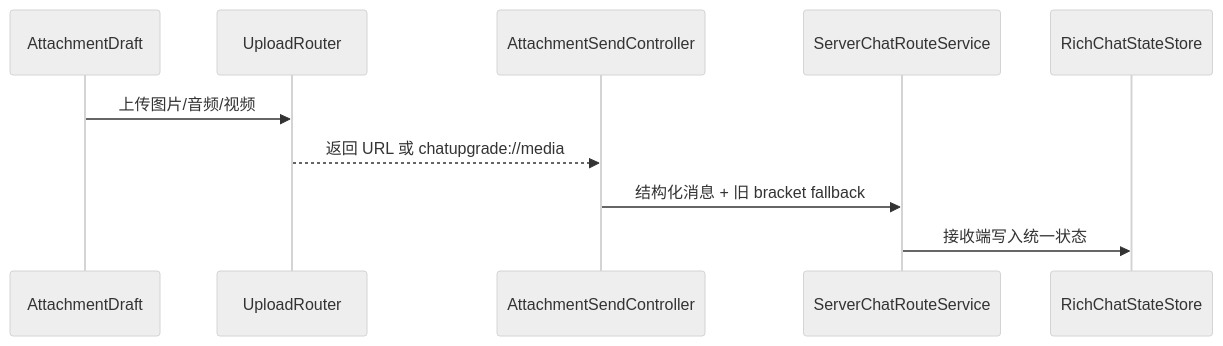
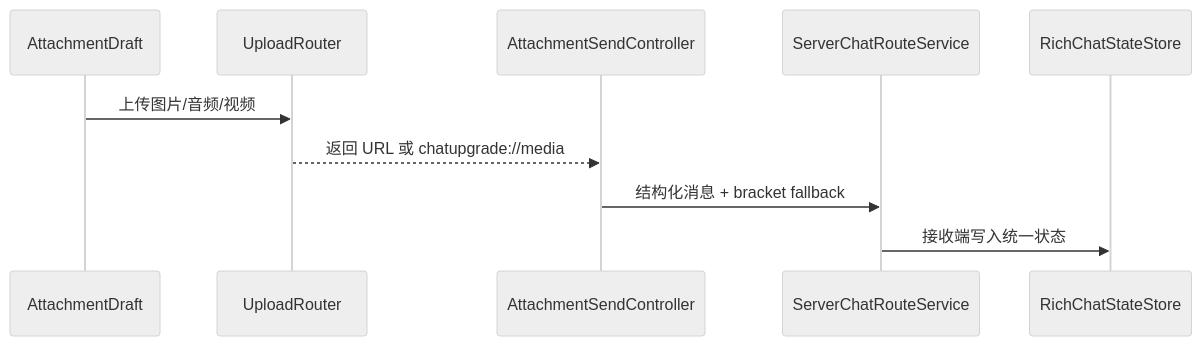
The third of 3 diagrams in docs/architecture.md (LoosePrince/chat-upgrade), drawn with Mermaid (neutral theme) before and after one commit. The commit also changed other lines of this file and 23 other files, not shown here.

````diff
--- a/docs/architecture.md
+++ b/docs/architecture.md
@@ -135,13 +135,13 @@
 ```mermaid
 sequenceDiagram
     participant Draft as AttachmentDraft
     participant Upload as UploadRouter
     participant Send as AttachmentSendController
     participant Server as ServerChatRouteService
     participant Store as RichChatStateStore
 
     Draft->>Upload: 上传图片/音频/视频
     Upload-->>Send: 返回 URL 或 chatupgrade://media
-    Send->>Server: 结构化消息 + 旧 bracket fallback
+    Send->>Server: 结构化消息 + bracket fallback
     Server->>Store: 接收端写入统一状态
 ```
````
